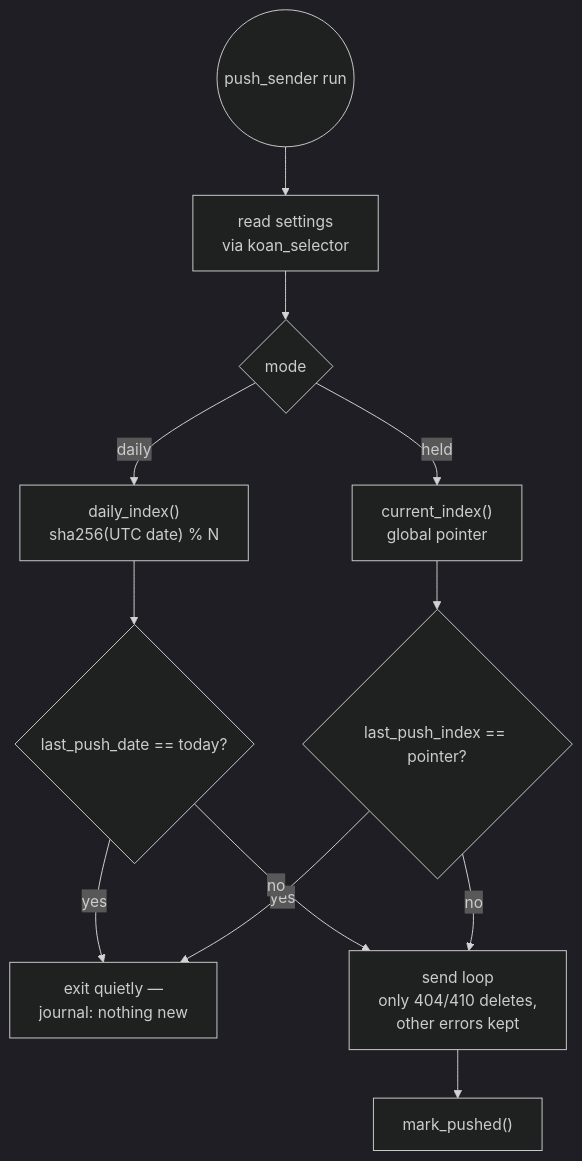
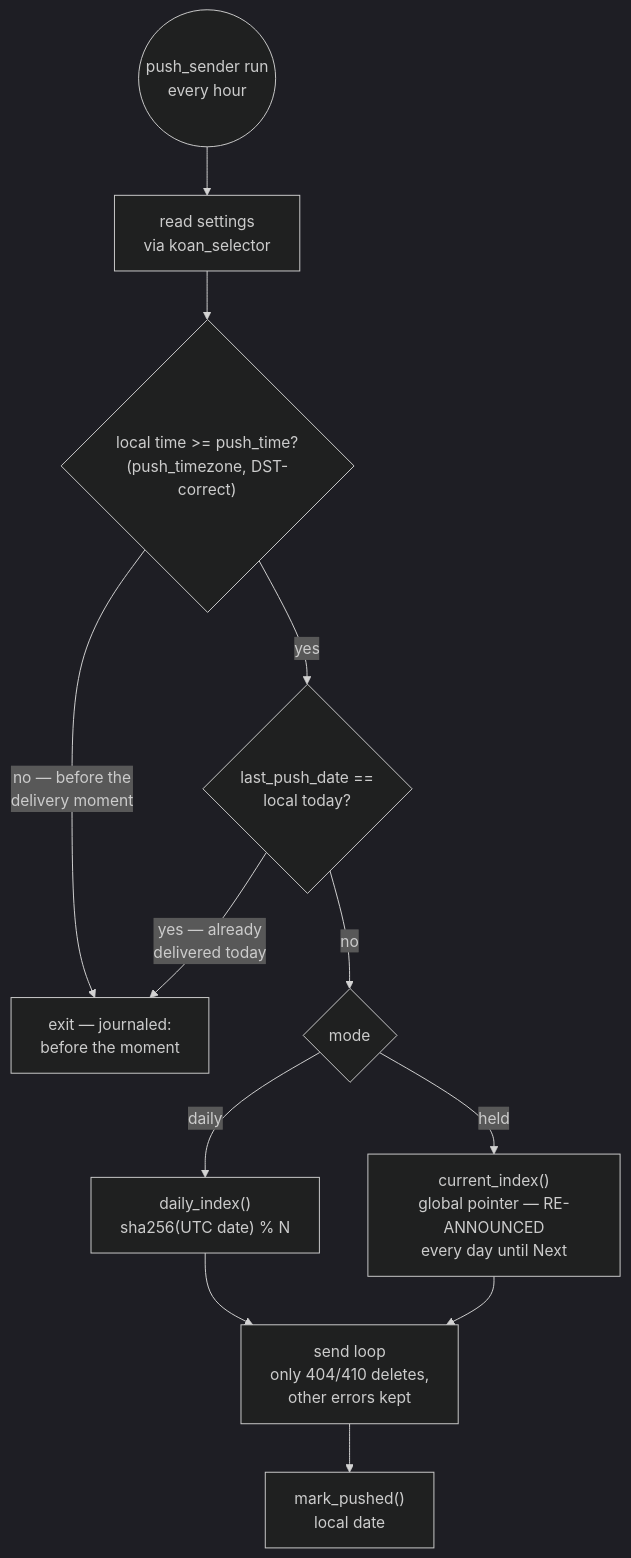
The second of 2 diagrams in docs/000--diagram--llm.md (alvarix/DailyKoanPWA), drawn with Mermaid (dark theme) before and after one commit. The commit also changed other lines of this file and 4 other files, not shown here.

Commit message:
docs: 0.1.8 - runbook hourly-timer step, ADR cadence amendment, diagram, changelog

````diff
--- a/docs/000--diagram--llm.md
+++ b/docs/000--diagram--llm.md
@@ -49,14 +49,14 @@
 ```mermaid
 flowchart TD
-    RUN(("push_sender run")) --> READ["read settings<br/>via koan_selector"]
-    READ --> MODE{"mode"}
+    RUN(("push_sender run<br/>every hour")) --> READ["read settings<br/>via koan_selector"]
+    READ --> GATE{"local time >= push_time?<br/>(push_timezone, DST-correct)"}
+    GATE -->|"no — before the<br/>delivery moment"| QUIET["exit — journaled:<br/>before the moment"]
+    GATE -->|"yes"| DEDUPE{"last_push_date ==<br/>local today?"}
+    DEDUPE -->|"yes — already<br/>delivered today"| QUIET
+    DEDUPE -->|"no"| MODE{"mode"}
     MODE -->|"daily"| DATE["daily_index()<br/>sha256(UTC date) % N"]
-    MODE -->|"held"| PTR["current_index()<br/>global pointer"]
-    DATE --> DD{"last_push_date == today?"}
-    PTR --> DI{"last_push_index == pointer?"}
-    DD -->|"yes"| QUIET["exit quietly —<br/>journal: nothing new"]
-    DI -->|"yes"| QUIET
-    DD -->|"no"| LOOP["send loop<br/>only 404/410 deletes,<br/>other errors kept"]
-    DI -->|"no"| LOOP
-    LOOP --> MARK["mark_pushed()"]
+    MODE -->|"held"| PTR["current_index()<br/>global pointer — RE-ANNOUNCED<br/>every day until Next"]
+    DATE --> LOOP["send loop<br/>only 404/410 deletes,<br/>other errors kept"]
+    PTR --> LOOP
+    LOOP --> MARK["mark_pushed()<br/>local date"]
 ```
````
